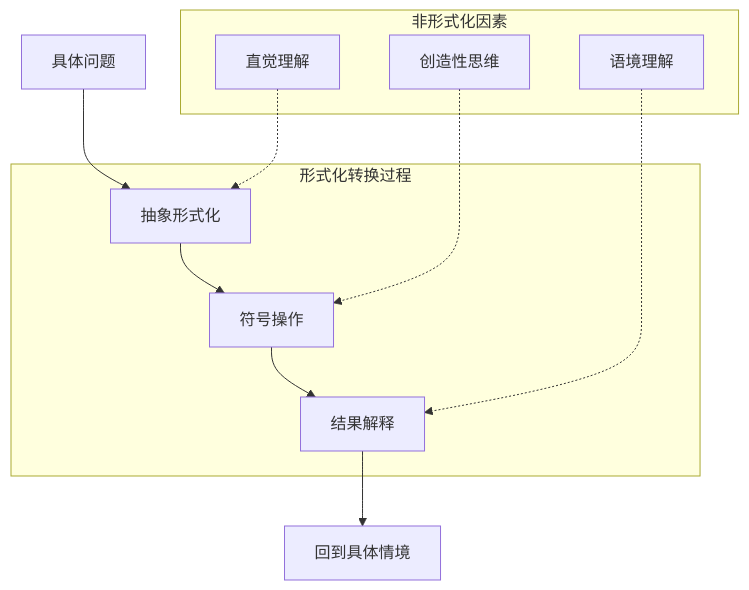
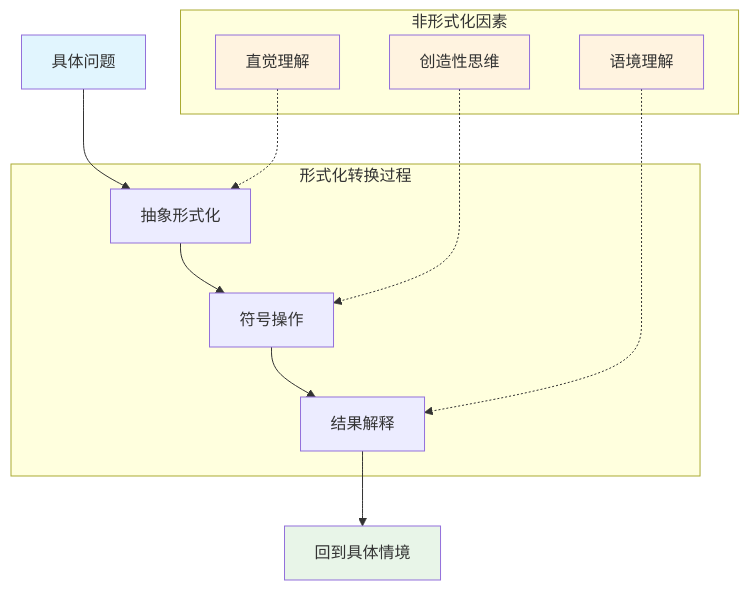
The second of 6 diagrams in analysis/1-形式化理论/1.x-其他形式化主题.md (AdaMartin18010/Lean), drawn with Mermaid before and after one commit. The commit also changed other lines of this file and 7 other files, not shown here.

````diff
--- a/analysis/1-形式化理论/1.x-其他形式化主题.md
+++ b/analysis/1-形式化理论/1.x-其他形式化主题.md
@@ -57,23 +106,29 @@
 ```mermaid
 graph TD
     A[具体问题] --> B[抽象形式化]
     B --> C[符号操作]
     C --> D[结果解释]
     D --> E[回到具体情境]
     
     F[直觉理解] -.-> B
     G[创造性思维] -.-> C
     H[语境理解] -.-> D
     
     subgraph "形式化转换过程"
         B
         C
         D
     end
     
     subgraph "非形式化因素"
         F
         G
         H
     end
+    
+    style A fill:#e1f5fe
+    style E fill:#e8f5e8
+    style F fill:#fff3e0
+    style G fill:#fff3e0
+    style H fill:#fff3e0
 ```
````
